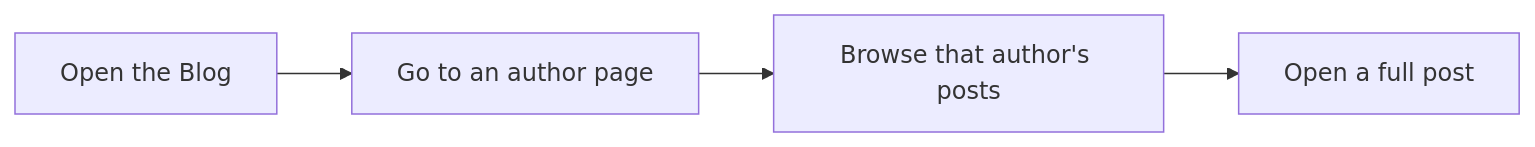
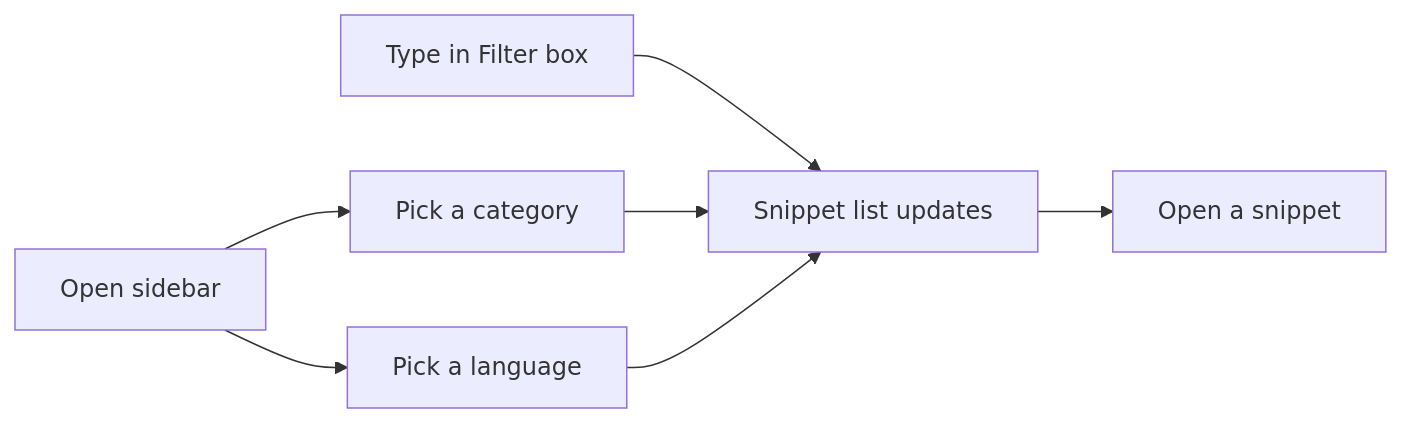
The diagram in api2-documentation/plan_2026-11-02_f8890e/user-facing-docs/how-to-browse-posts-by-author.md (Mohita111/API2), drawn with Mermaid before and after one commit. The commit also changed other lines of this file and 12 other files, not shown here.

````diff
--- a/api2-documentation/plan_2026-11-02_f8890e/user-facing-docs/how-to-browse-posts-by-author.md
+++ b/api2-documentation/plan_2026-11-02_f8890e/user-facing-docs/how-to-browse-posts-by-author.md
@@ -14,6 +32,9 @@
 ```mermaid
 graph LR
-  A[Open the Blog] --> B[Go to an author page]
-  B --> C[Browse that author's posts]
-  C --> D[Open a full post]
+    A[Open sidebar] --> B[Pick a category]
+    A --> C[Pick a language]
+    D[Type in Filter box] --> E[Snippet list updates]
+    B --> E
+    C --> E
+    E --> F[Open a snippet]
 ```
````
